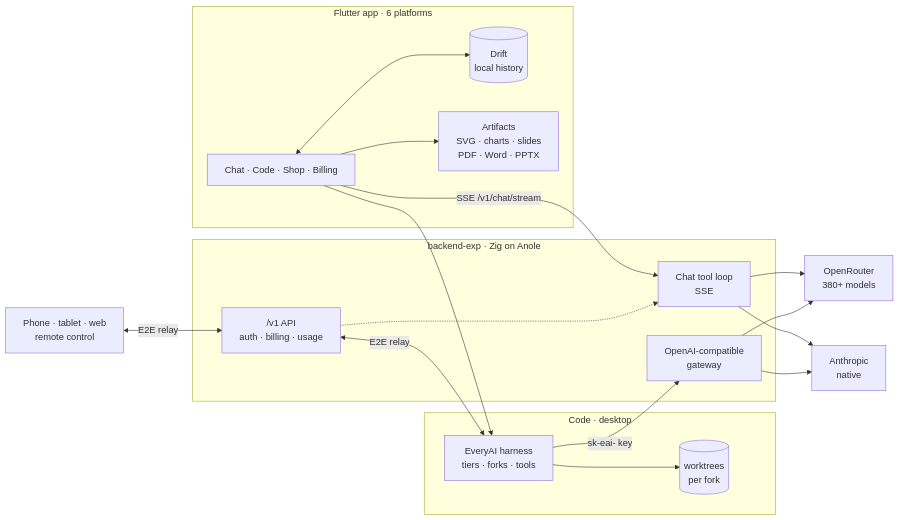
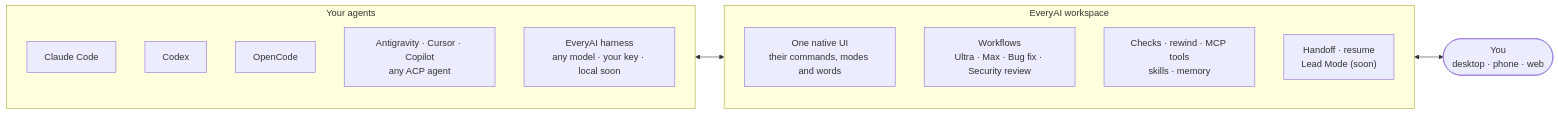
The diagram in README.md (TiaoTiaoLin/everyai-mono), drawn with Mermaid before and after one commit. The commit also changed other lines of this file and 9 other files, not shown here.

First line of the commit message:
Docs: README rewritten around every coding agent in one workspace; details split into their own files

````diff
--- a/README.md
+++ b/README.md
@@ -168,34 +35,19 @@
 ```mermaid
 flowchart LR
-    subgraph App["Flutter app · 6 platforms"]
-        UI["Chat · Code · Shop · Billing"]
-        DB[("Drift<br/>local history")]
-        Art["Artifacts<br/>SVG · charts · slides<br/>PDF · Word · PPTX"]
+    subgraph Agents["Your agents"]
+        CC["Claude Code"]
+        CX["Codex"]
+        OC["OpenCode"]
+        ACP["Antigravity · Cursor · Copilot<br/>any ACP agent"]
+        EH["EveryAI harness<br/>any model · your key · local soon"]
     end
-    subgraph Code["Code · desktop"]
-        EH["EveryAI harness<br/>tiers · forks · tools"]
-        WT[("worktrees<br/>per fork")]
+    subgraph WS["EveryAI workspace"]
+        UI["One native UI<br/>their commands, modes and words"]
+        WF["Workflows<br/>Ultra · Max · Bug fix · Security review"]
+        TL["Checks · rewind · MCP tools<br/>skills · memory"]
+        OR["Handoff · resume<br/>Lead Mode (soon)"]
     end
-    Dev["Phone · tablet · web<br/>remote control"]
-    subgraph Backend["backend-exp · Zig on Anole"]
-        API["/v1 API<br/>auth · billing · usage"]
-        Loop["Chat tool loop<br/>SSE"]
-        GW["OpenAI-compatible<br/>gateway"]
-    end
-    OR["OpenRouter<br/>380+ models"]
-    AN["Anthropic<br/>native"]
-
-    UI <--> DB
-    UI --> Art
-    UI -- "SSE /v1/chat/stream" --> Loop
-    UI --> EH
-    EH --> WT
-    EH -- "sk-eai- key" --> GW
-    Dev <-- "E2E relay" --> API
-    API <-- "E2E relay" --> EH
-    Loop --> OR
-    Loop --> AN
-    GW --> OR
-    GW --> AN
-    API -.-> Loop
+    You(["You<br/>desktop · phone · web"])
+    Agents <--> WS
+    WS <--> You
 ```
````
